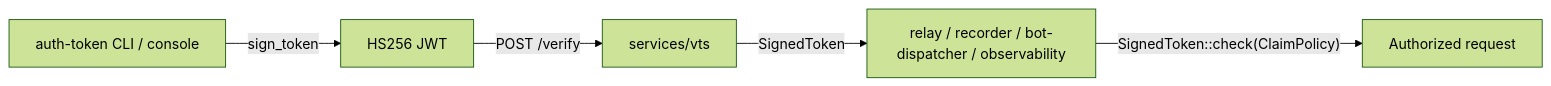
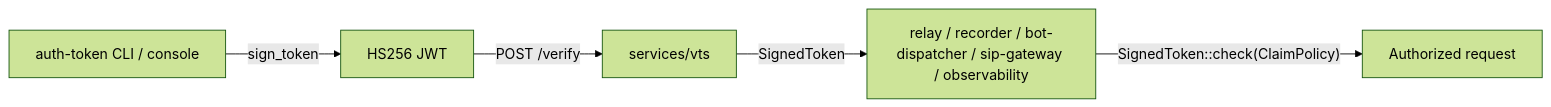
The diagram in docs/architecture/auth-token/architecture.md (nttcom/moq-wasm), drawn with Mermaid (forest theme) before and after one commit. The commit also changed other lines of this file and 84 other files, not shown here.

````diff
--- a/docs/architecture/auth-token/architecture.md
+++ b/docs/architecture/auth-token/architecture.md
@@ -9,7 +9,7 @@
 ```mermaid
 flowchart LR
     CLI["auth-token CLI / console"] -->|sign_token| JWT["HS256 JWT"]
     JWT -->|POST /verify| VTS["services/vts"]
-    VTS -->|"SignedToken"| Caller["relay / recorder / bot-dispatcher / observability"]
+    VTS -->|"SignedToken"| Caller["relay / recorder / bot-dispatcher / sip-gateway / observability"]
     Caller -->|"SignedToken::check(ClaimPolicy)"| AuthZ["Authorized request"]
 ```
````
